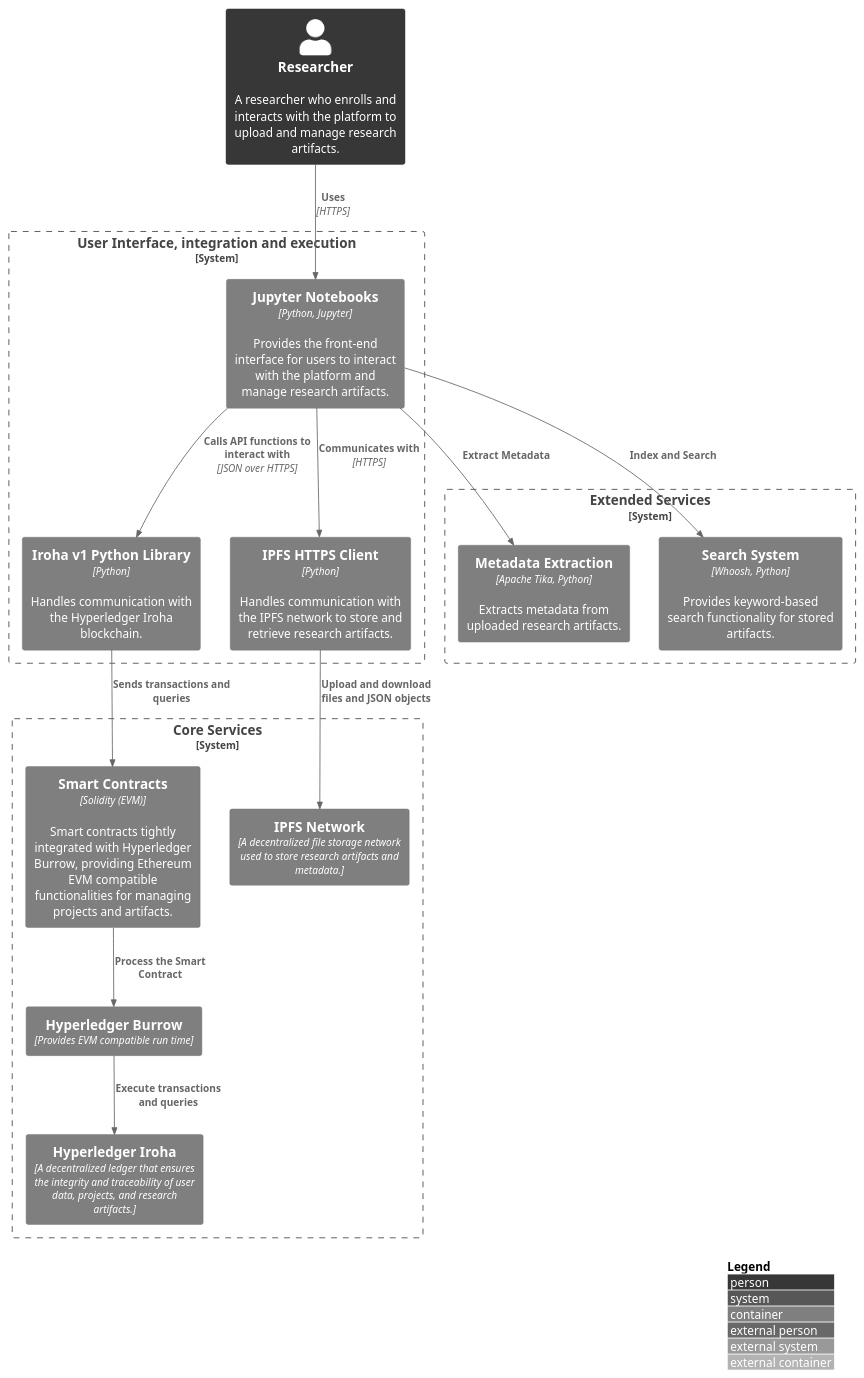
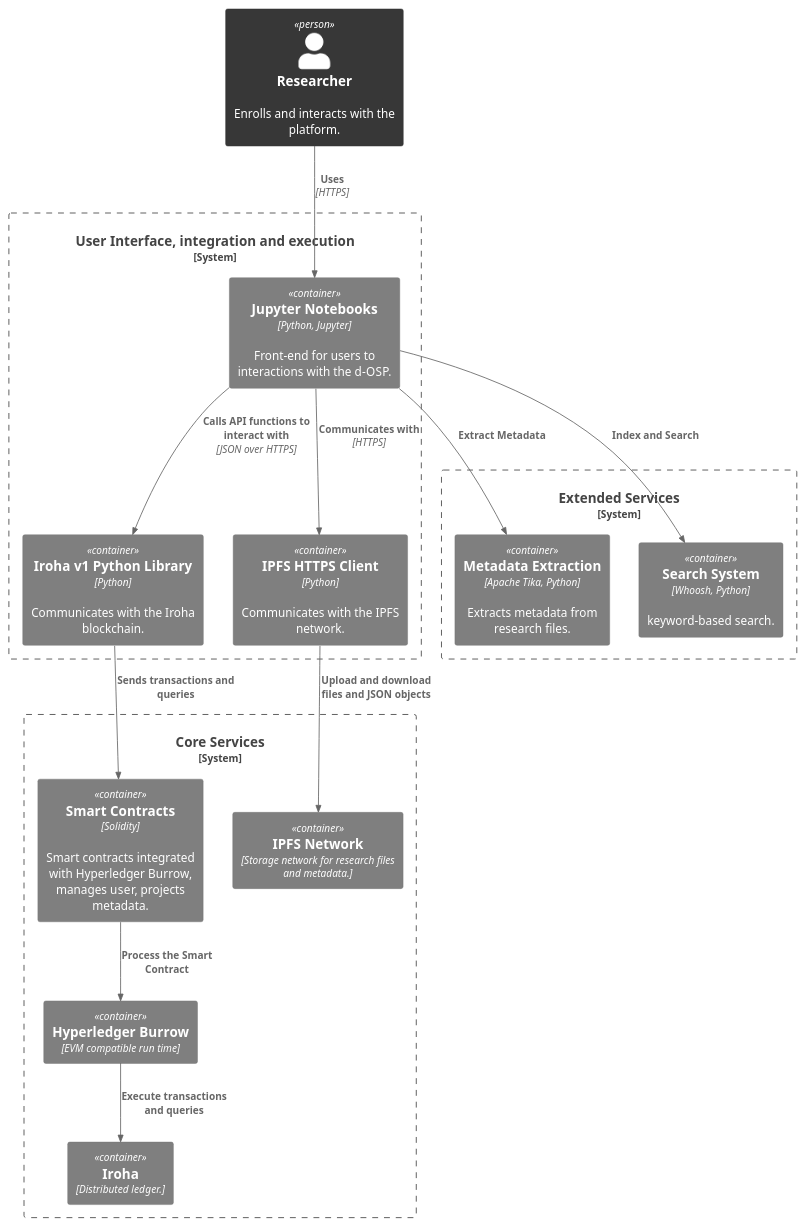
Before and after one commit to OliveiraEdu/d-OSP: the diagram in diagrams/plantUML/c4_container_diagram.wsd, drawn with PlantUML. The commit also changed 14 other files, not shown here.

```diff
--- a/diagrams/plantUML/c4_container_diagram.wsd
+++ b/diagrams/plantUML/c4_container_diagram.wsd
@@ -1,42 +1,43 @@
 @startuml
 !include https://raw.githubusercontent.com/plantuml-stdlib/C4-PlantUML/master/C4_Container.puml
 ' uncomment the following line and comment the first to use locally
 ' !include C4_Container.puml
 
 skinparam monochrome true
 
-LAYOUT_WITH_LEGEND()
+' LAYOUT_WITH_LEGEND()
 
 ' title Container diagram for Open Science Platform
 
-Person(researcher, "Researcher", "A researcher who enrolls and interacts with the platform to upload and manage research artifacts.")
+Person(researcher, "Researcher", "Enrolls and interacts with the platform.")
 
 System_Boundary(core_services, "User Interface, integration and execution") {
-    Container(jupyter_notebooks, "Jupyter Notebooks", "Python, Jupyter", "Provides the front-end interface for users to interact with the platform and manage research artifacts.")
-    Container(iroha_python_lib, "Iroha v1 Python Library", "Python", "Handles communication with the Hyperledger Iroha blockchain.")
-    Container(ipfs_https_client, "IPFS HTTPS Client", "Python", "Handles communication with the IPFS network to store and retrieve research artifacts.")
+    Container(jupyter_notebooks, "Jupyter Notebooks", "Python, Jupyter", "Front-end for users to interactions with the d-OSP.")
+    Container(iroha_python_lib, "Iroha v1 Python Library", "Python", "Communicates with the Iroha blockchain.")
+    Container(ipfs_https_client, "IPFS HTTPS Client", "Python", "Communicates with the IPFS network.")
     
 }
 
 System_Boundary(extended_services, "Extended Services") {
-    Container(metadata_extraction, "Metadata Extraction", "Apache Tika, Python", "Extracts metadata from uploaded research artifacts.")
-    Container(search_system, "Search System", "Whoosh, Python", "Provides keyword-based search functionality for stored artifacts.")
+    Container(metadata_extraction, "Metadata Extraction", "Apache Tika, Python", "Extracts metadata from research files.")
+    Container(search_system, "Search System", "Whoosh, Python", "keyword-based search.")
 }
 
 System_Boundary(decentralized_services, "Core Services"){
-    Container(blockchain, "Hyperledger Iroha", "A decentralized ledger that ensures the integrity and traceability of user data, projects, and research artifacts.")
-    Container(ipfs, "IPFS Network", "A decentralized file storage network used to store research artifacts and metadata.")
-    Container(smart_contracts, "Smart Contracts", "Solidity (EVM)", "Smart contracts tightly integrated with Hyperledger Burrow, providing Ethereum EVM compatible functionalities for managing projects and artifacts.")
-    Container(burrow, "Hyperledger Burrow", "Provides EVM compatible run time")
+    Container(blockchain, "Iroha", "Distributed ledger.")
+    Container(ipfs, "IPFS Network", "Storage network for research files and metadata.")
+    Container(smart_contracts, "Smart Contracts", "Solidity", "Smart contracts integrated with Hyperledger Burrow, manages user, projects metadata.")
+    Container(burrow, "Hyperledger Burrow", "EVM compatible run time")
 }
 
 Rel(researcher, jupyter_notebooks, "Uses", "HTTPS")
 Rel(jupyter_notebooks, iroha_python_lib, "Calls API functions to interact with", "JSON over HTTPS")
 Rel(jupyter_notebooks, ipfs_https_client, "Communicates with", "HTTPS")
 Rel(iroha_python_lib, smart_contracts, "Sends transactions and queries")
 Rel(smart_contracts, burrow, "Process the Smart Contract")
 Rel(ipfs_https_client, ipfs, "Upload and download files and JSON objects")
 Rel(jupyter_notebooks, metadata_extraction, "Extract Metadata")
 Rel(jupyter_notebooks, search_system, "Index and Search")
 Rel(burrow, blockchain, "Execute transactions and queries")
+
 @enduml
```
